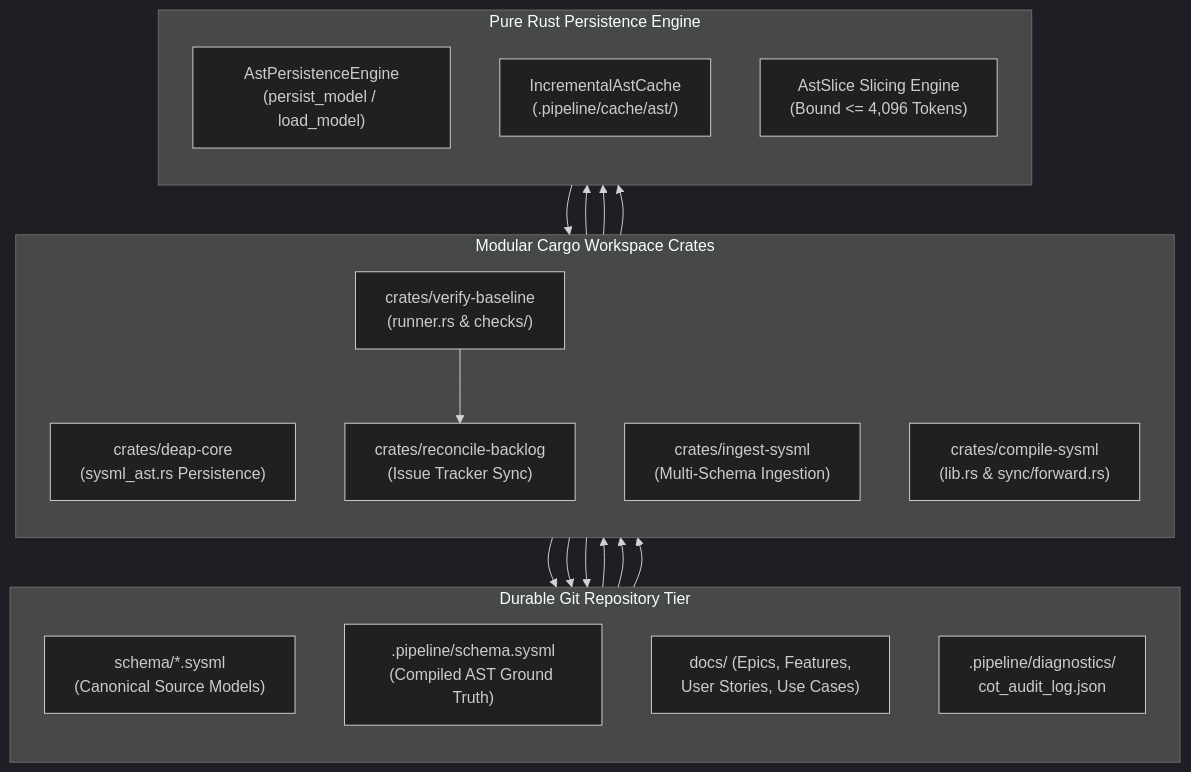
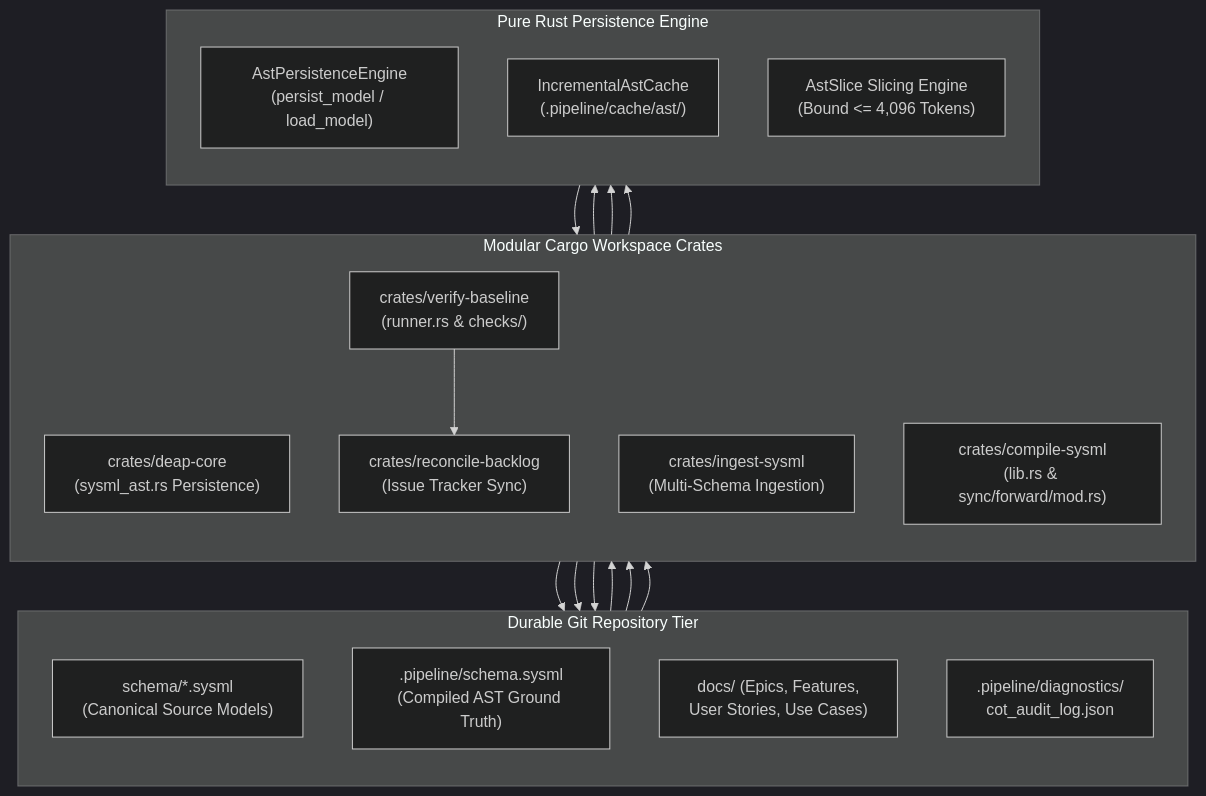
Before and after one commit to gintatkinson/DEAP01-spec-core: the first of 2 diagrams in docs/architecture/blueprints/PERSISTENCE_ARCHITECTURE.md, drawn with Mermaid (dark theme). The commit also changed other lines of this file and 8 other files, not shown here.

Commit message:
refactor(sync): move forward.rs to module dir and extract naming_and_dates.rs

````diff
--- a/docs/architecture/blueprints/PERSISTENCE_ARCHITECTURE.md
+++ b/docs/architecture/blueprints/PERSISTENCE_ARCHITECTURE.md
@@ -41,38 +41,38 @@
 ```mermaid
 flowchart TD
     subgraph RepoLayer ["Durable Git Repository Tier"]
         direction TB
         SysMLSource["schema/*.sysml<br/>(Canonical Source Models)"]
         CompiledAST[".pipeline/schema.sysml<br/>(Compiled AST Ground Truth)"]
         SpecsDocs["docs/ (Epics, Features,<br/>User Stories, Use Cases)"]
         Diagnostics[".pipeline/diagnostics/<br/>cot_audit_log.json"]
     end
 
     subgraph RustWorkspace ["Modular Cargo Workspace Crates"]
         direction TB
         CoreCrate["crates/deap-core<br/>(sysml_ast.rs Persistence)"]
         IngestCrate["crates/ingest-sysml<br/>(Multi-Schema Ingestion)"]
-        CompileCrate["crates/compile-sysml<br/>(lib.rs & sync/forward.rs)"]
+        CompileCrate["crates/compile-sysml<br/>(lib.rs & sync/forward/mod.rs)"]
         VerifyCrate["crates/verify-baseline<br/>(runner.rs & checks/)"]
         ReconcileCrate["crates/reconcile-backlog<br/>(Issue Tracker Sync)"]
     end
 
     subgraph StorageEngine ["Pure Rust Persistence Engine"]
         direction TB
         PersistEngine["AstPersistenceEngine<br/>(persist_model / load_model)"]
         AstCache["IncrementalAstCache<br/>(.pipeline/cache/ast/)"]
         ASTSlicer["AstSlice Slicing Engine<br/>(Bound <= 4,096 Tokens)"]
     end
 
     SysMLSource --> IngestCrate
     IngestCrate --> CompiledAST
     CompiledAST --> CoreCrate
     CoreCrate --> PersistEngine
     CoreCrate --> AstCache
     CoreCrate --> ASTSlicer
     ASTSlicer --> CompileCrate
     CompileCrate --> SpecsDocs
     CoreCrate --> Diagnostics
     SpecsDocs --> VerifyCrate
     VerifyCrate --> ReconcileCrate
 ```
````
